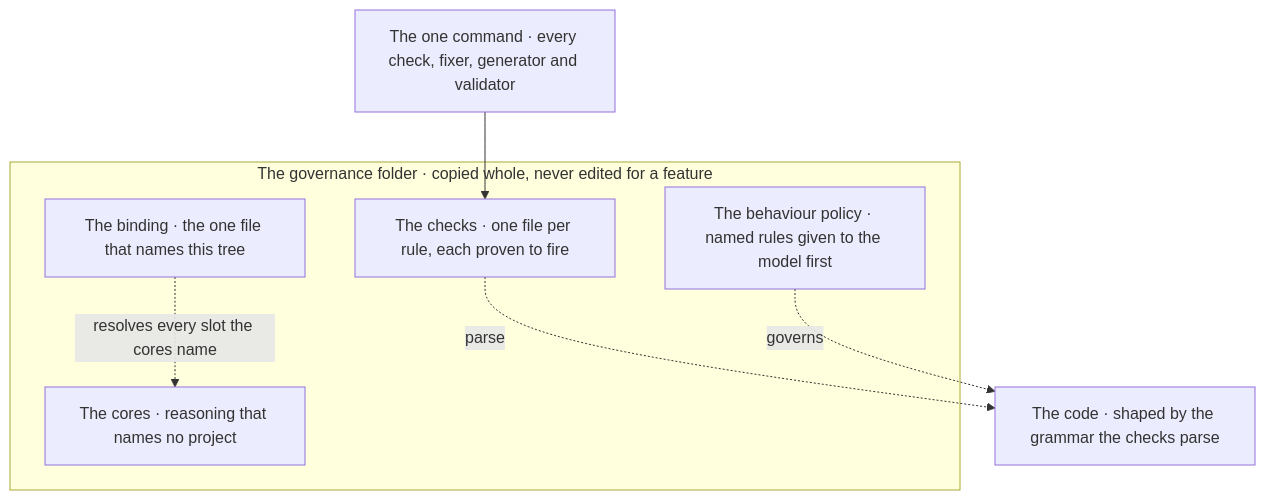
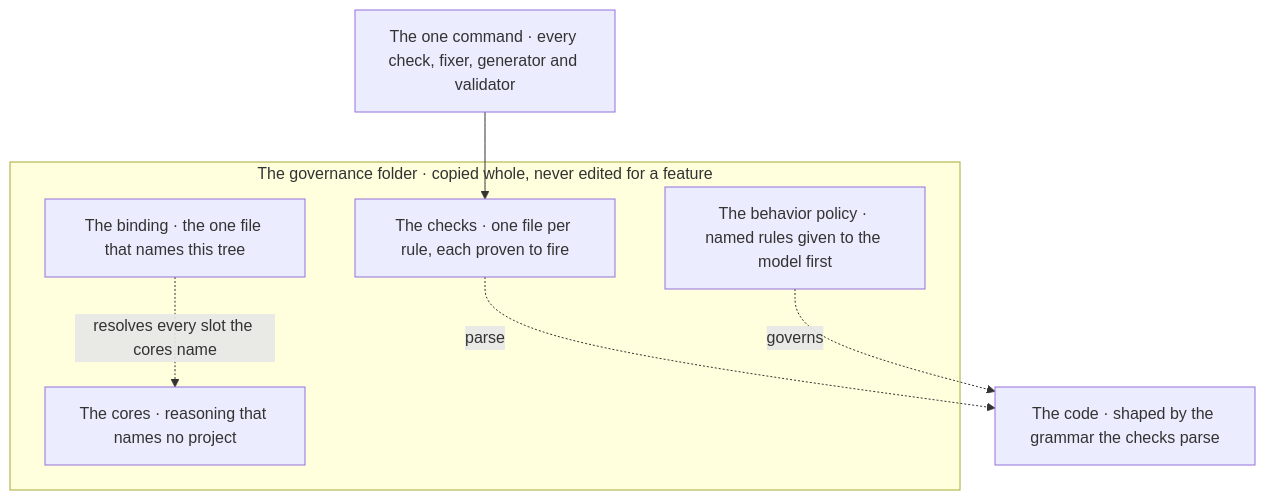
One commit to Varietyz/Disciplined-AI-Software-Development changed diagram 14 of 15 in START.md. Above: the diagram before and after it, drawn with Mermaid. The commit also changed other lines of this file and 672 other files, not shown here.

````diff
--- a/START.md
+++ b/START.md
@@ -610,15 +610,15 @@
 ```mermaid
 flowchart TB
 subgraph governance["The governance folder · copied whole, never edited for a feature"]
-policy["The behaviour policy · named rules given to the model first"]
+policy["The behavior policy · named rules given to the model first"]
 checks["The checks · one file per rule, each proven to fire"]
 cores["The cores · reasoning that names no project"]
 binding["The binding · the one file that names this tree"]
 end
 code["The code · shaped by the grammar the checks parse"]
 command["The one command · every check, fixer, generator and validator"]
 binding -. resolves every slot the cores name .-> cores
 checks -. parse .-> code
 command --> checks
 policy -. governs .-> code
 ```
````
